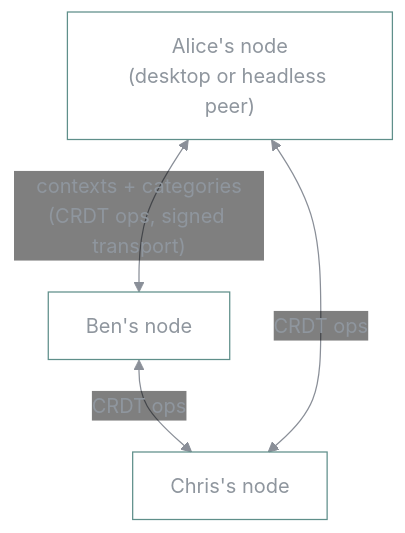
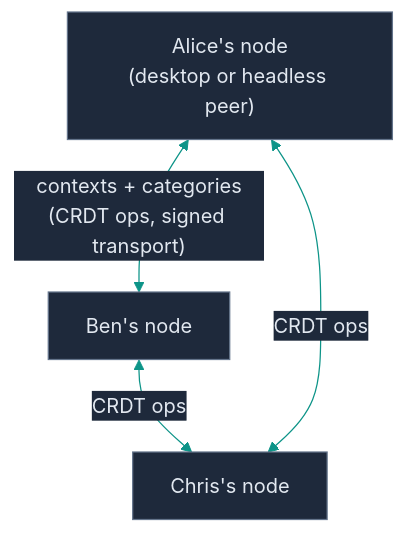
One commit to vul-os/gitstate changed the second of 2 diagrams in README.md. Above: the diagram before and after it, drawn with Mermaid. The commit also changed other lines of this file, not shown here.

````diff
--- a/README.md
+++ b/README.md
@@ -131,10 +138,13 @@
 ```mermaid
-%%{init: {'theme':'base','themeVariables':{'fontFamily':'ui-monospace, SFMono-Regular, Menlo, monospace','primaryColor':'transparent','primaryBorderColor':'#14b8a6','primaryTextColor':'#8f969e','lineColor':'#8a8f98','nodeBorder':'#5f8f8a','edgeLabelBackground':'transparent','clusterBorder':'#3f8f86','clusterBkg':'transparent'}}}%%
+%%{init: {'theme':'base','themeVariables':{'fontFamily':'ui-monospace, SFMono-Regular, Menlo, monospace','primaryColor':'#334155','primaryBorderColor':'#94a3b8','primaryTextColor':'#e2e8f0','lineColor':'#0d9488','edgeLabelBackground':'#1e293b','clusterBkg':'transparent','clusterBorder':'#64748b'}}}%%
 flowchart TB
     a["Alice's node<br/>(desktop or headless peer)"]
     b["Ben's node"]
     c["Chris's node"]
     a <-->|"contexts + categories<br/>(CRDT ops, signed transport)"| b
     b <-->|"CRDT ops"| c
     a <-->|"CRDT ops"| c
+
+    classDef entry fill:#1e293b,stroke:#64748b,color:#e2e8f0
+    class a,b,c entry
 ```
````
